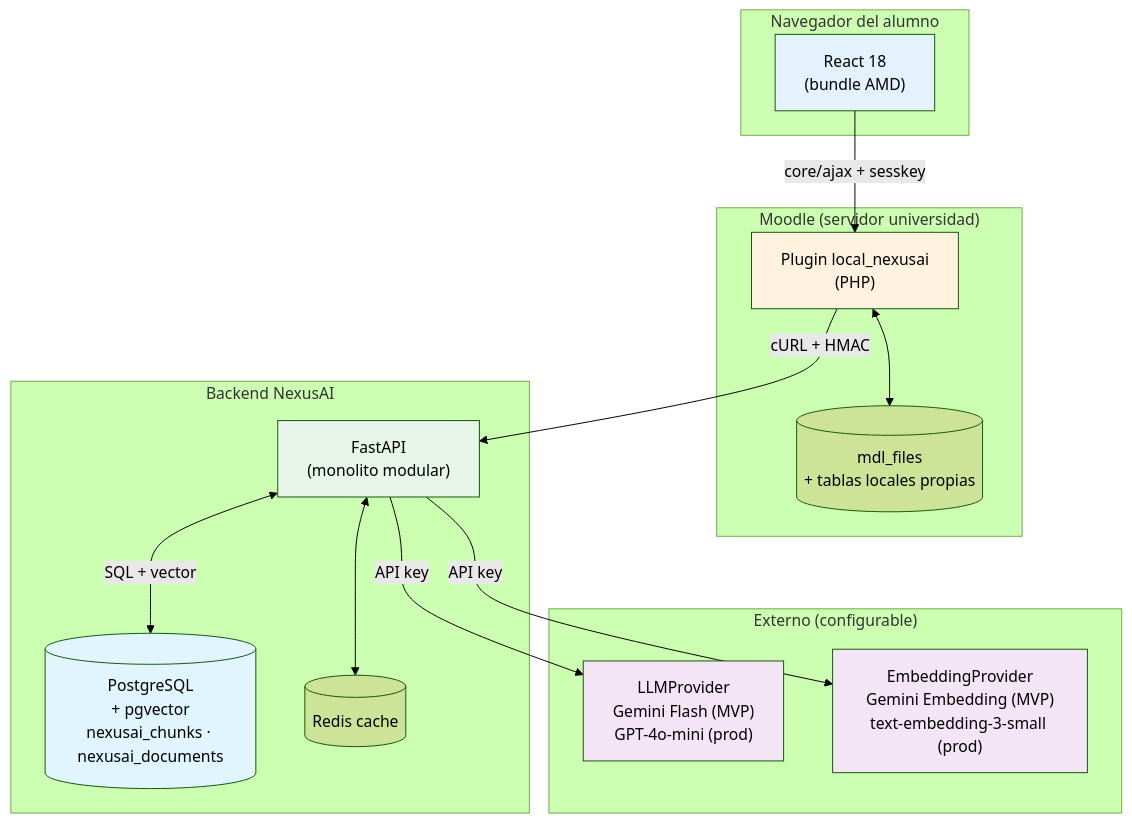
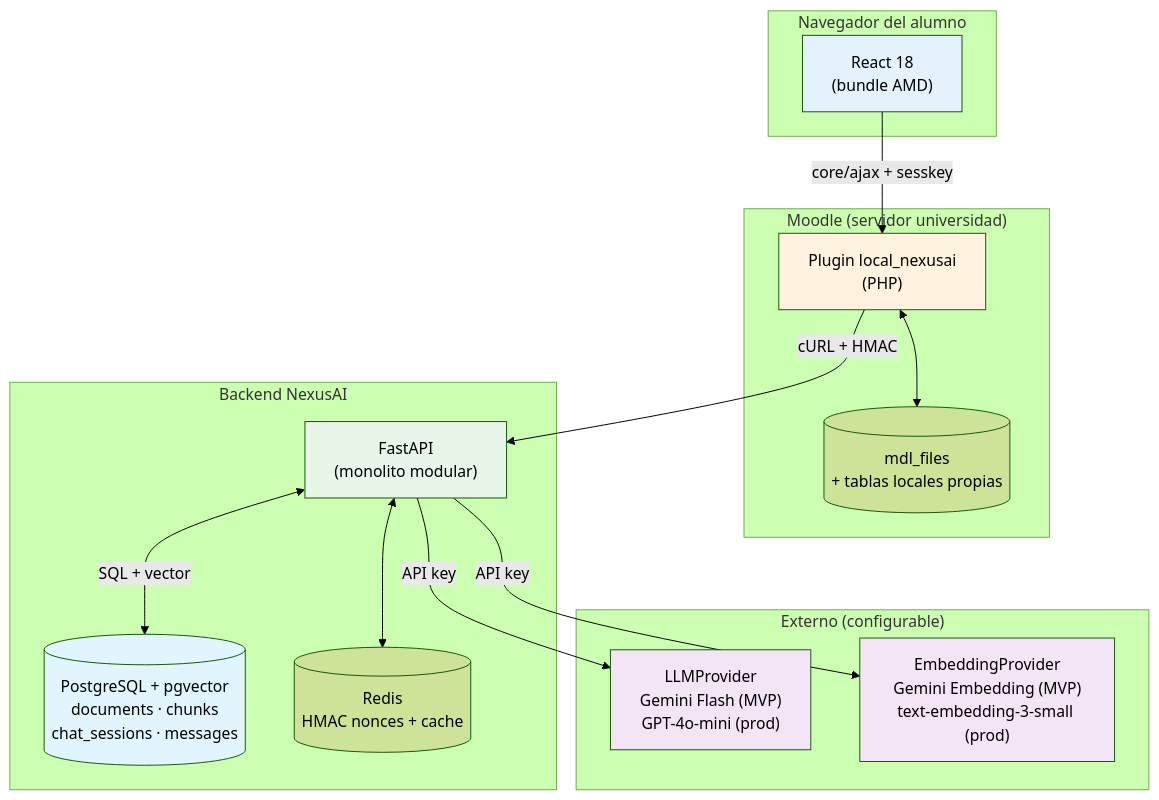
Before and after one commit to nexusai-ucc/nexusAI: the first of 6 diagrams in NexusAI/docs/architecture.md, drawn with Mermaid (forest theme). The commit also changed other lines of this file and 4 other files, not shown here.

````diff
--- a/NexusAI/docs/architecture.md
+++ b/NexusAI/docs/architecture.md
@@ -26,37 +31,37 @@
 ```mermaid
 flowchart TB
     subgraph BROWSER["Navegador del alumno"]
         REACT["React 18<br/>(bundle AMD)"]
     end
 
     subgraph MOODLE["Moodle (servidor universidad)"]
         PHP["Plugin local_nexusai<br/>(PHP)"]
         MFILES[("mdl_files<br/>+ tablas locales propias")]
     end
 
     subgraph BACKEND["Backend NexusAI"]
         FASTAPI["FastAPI<br/>(monolito modular)"]
-        PG[("PostgreSQL<br/>+ pgvector<br/>nexusai_chunks · nexusai_documents")]
-        REDIS[(Redis cache)]
+        PG[("PostgreSQL + pgvector<br/>documents · chunks<br/>chat_sessions · messages")]
+        REDIS[("Redis<br/>HMAC nonces + cache")]
     end
 
     subgraph EXTERNAL["Externo (configurable)"]
         LLM["LLMProvider<br/>Gemini Flash (MVP)<br/>GPT-4o-mini (prod)"]
         EMB["EmbeddingProvider<br/>Gemini Embedding (MVP)<br/>text-embedding-3-small (prod)"]
     end
 
     REACT -->|core/ajax + sesskey| PHP
     PHP -->|cURL + HMAC| FASTAPI
     PHP <--> MFILES
     FASTAPI <-->|SQL + vector| PG
     FASTAPI <--> REDIS
     FASTAPI -->|API key| LLM
     FASTAPI -->|API key| EMB
 
     style REACT fill:#e3f2fd,color:#000
     style PHP fill:#fff3e0,color:#000
     style FASTAPI fill:#e8f5e9,color:#000
     style PG fill:#e1f5fe,color:#000
     style LLM fill:#f3e5f5,color:#000
     style EMB fill:#f3e5f5,color:#000
 ```
````
